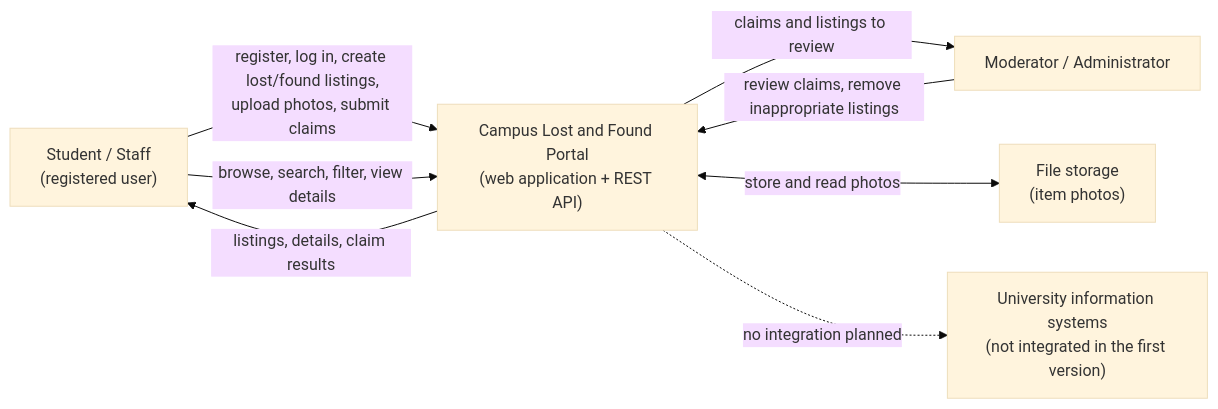
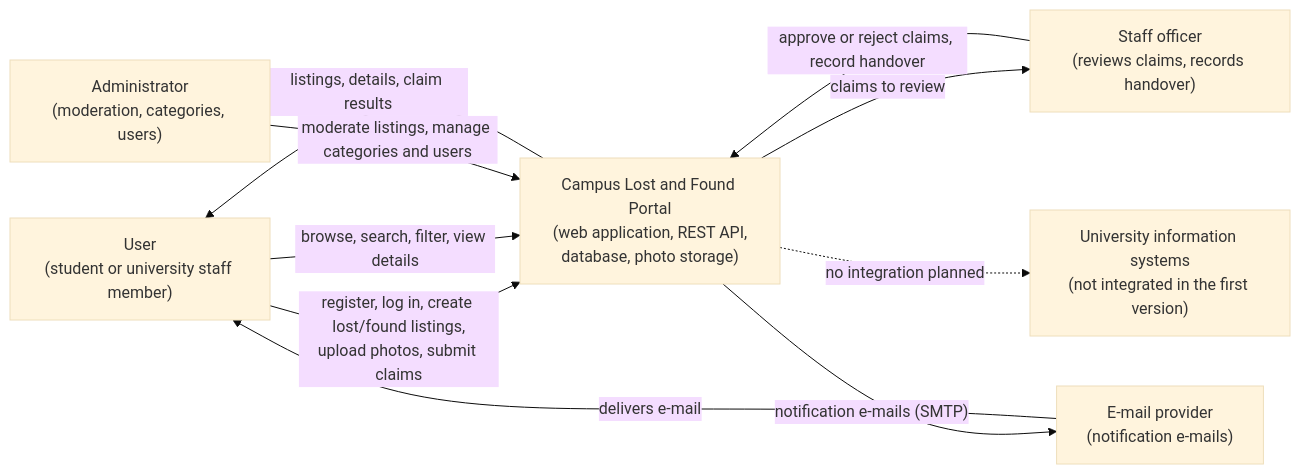
The diagram in docs/system-context-diagram.md (seng321-team24/campus-lost-and-found-portal), drawn with Mermaid (base theme) before and after one commit. The commit also changed other lines of this file, not shown here.

Commit message:
docs(arch): update system context diagram for Sprint 2

````diff
--- a/docs/system-context-diagram.md
+++ b/docs/system-context-diagram.md
@@ -10,16 +12,19 @@
 ```mermaid
 flowchart LR
-    U["Student / Staff<br/>(registered user)"]
-    M["Moderator / Administrator"]
-    S["Campus Lost and Found Portal<br/>(web application + REST API)"]
-    F["File storage<br/>(item photos)"]
+    U["User<br/>(student or university staff member)"]
+    ST["Staff officer<br/>(reviews claims, records handover)"]
+    AD["Administrator<br/>(moderation, categories, users)"]
+    S["Campus Lost and Found Portal<br/>(web application, REST API,<br/>database, photo storage)"]
+    M["E-mail provider<br/>(notification e-mails)"]
     I["University information systems<br/>(not integrated in the first version)"]
 
     U -->|"register, log in, create lost/found listings,<br/>upload photos, submit claims"| S
     U -->|"browse, search, filter, view details"| S
     S -->|"listings, details, claim results"| U
-    M -->|"review claims, remove inappropriate listings"| S
-    S -->|"claims and listings to review"| M
-    S <-->|"store and read photos"| F
+    ST -->|"approve or reject claims, record handover"| S
+    S -->|"claims to review"| ST
+    AD -->|"moderate listings, manage categories and users"| S
+    S -->|"notification e-mails (SMTP)"| M
+    M -->|"delivers e-mail"| U
     S -.->|"no integration planned"| I
 ```
````
